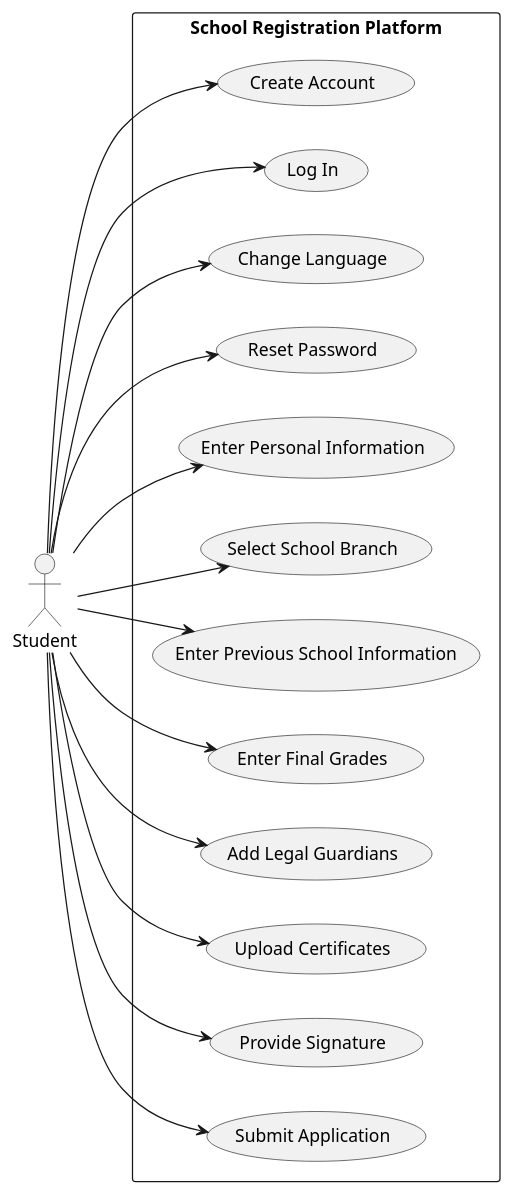
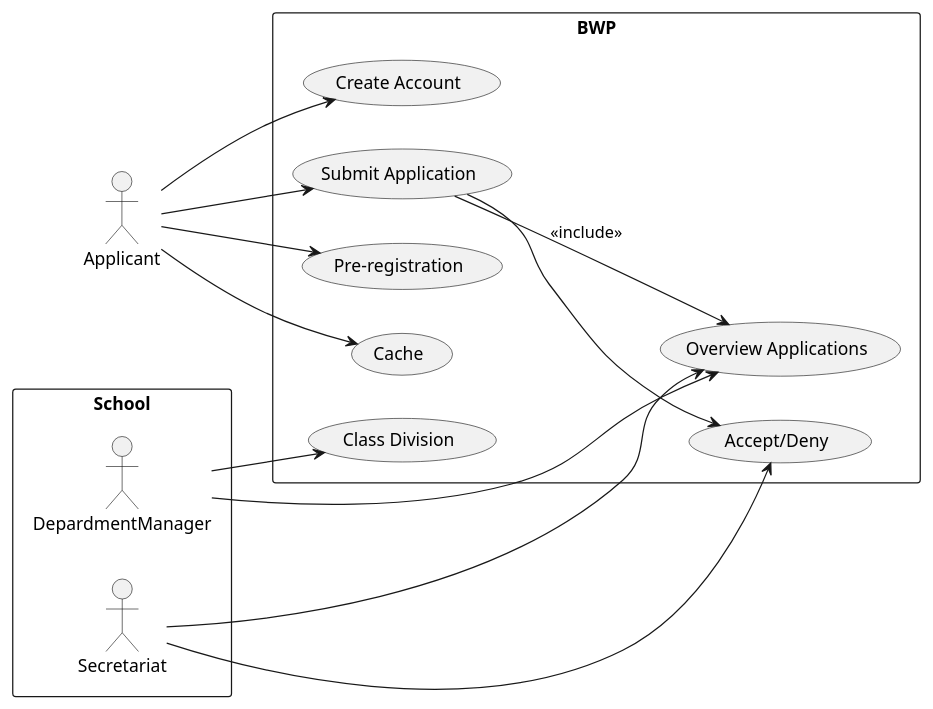
The diagram in stake-doc/use-case-diagram.puml (RegisterPlatform/Documentation), drawn with PlantUML before and after one commit.

Commit message:
refactor use case diagram to update actor names and streamline use cases

```diff
--- a/stake-doc/use-case-diagram.puml
+++ b/stake-doc/use-case-diagram.puml
@@ -1,36 +1,33 @@
 @startuml
 left to right direction
 skinparam packageStyle rectangle
 
-actor Student
+actor Applicant
 
-rectangle "School Registration Platform" {
+package "BWP" {
     usecase "Create Account" as UC1
-    usecase "Log In" as UC2
-    usecase "Change Language" as UC3
-    usecase "Reset Password" as UC4
-    usecase "Enter Personal Information" as UC5
-    usecase "Select School Branch" as UC6
-    usecase "Enter Previous School Information" as UC7
-    usecase "Enter Final Grades" as UC8
-    usecase "Add Legal Guardians" as UC9
-    usecase "Upload Certificates" as UC10
-    usecase "Provide Signature" as UC11
-    usecase "Submit Application" as UC12
+    usecase "Submit Application" as UC2
+    usecase "Pre-registration" as UC3
+    usecase "Cache" as UC4
+    usecase "Overview Applications" as UC5
+    usecase "Accept/Deny" as UC6
+    usecase "Class Division" as UC7
 }
 
-' Student relationships
-Student --> UC1
-Student --> UC2
-Student --> UC3
-Student --> UC4
-Student --> UC5
-Student --> UC6
-Student --> UC7
-Student --> UC8
-Student --> UC9
-Student --> UC10
-Student --> UC11
-Student --> UC12
+package "School" {
+    actor DepardmentManager
+    actor Secretariat
+}
+
+Applicant --> UC1
+Applicant --> UC2
+Applicant --> UC3
+Applicant --> UC4
+UC2 --> UC5 : <<include>>
+Secretariat --> UC6
+UC2 --> UC6
+DepardmentManager --> UC5
+Secretariat --> UC5
+DepardmentManager --> UC7
 
 @enduml
```
